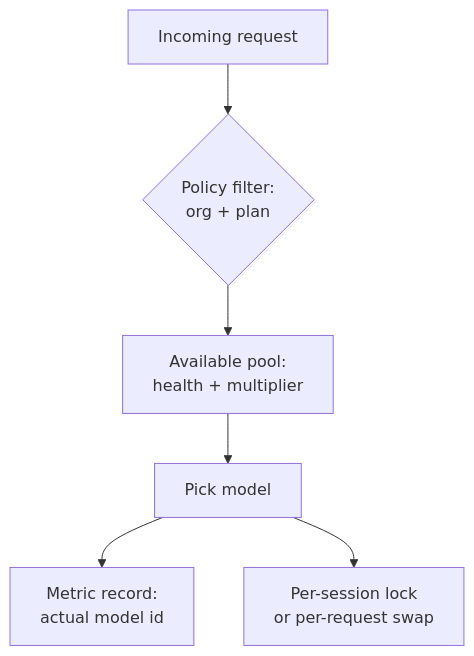
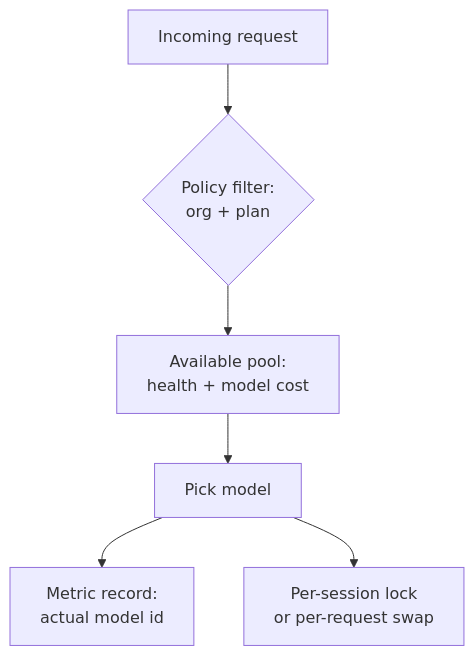
The first of 4 diagrams in patterns/agent-design/auto-model-selection.md (agentpatterns-ai/website), drawn with Mermaid before and after one commit. The commit also changed other lines of this file and 373 other files, not shown here.

````diff
--- a/patterns/agent-design/auto-model-selection.md
+++ b/patterns/agent-design/auto-model-selection.md
@@ -38,8 +38,8 @@
 ```mermaid
 graph TD
     R[Incoming request] --> P{Policy filter:<br>org + plan}
-    P --> H[Available pool:<br>health + multiplier]
+    P --> H[Available pool:<br>health + model cost]
     H --> S[Pick model]
     S --> M[Metric record:<br>actual model id]
     S --> C[Per-session lock<br>or per-request swap]
 ```
````
